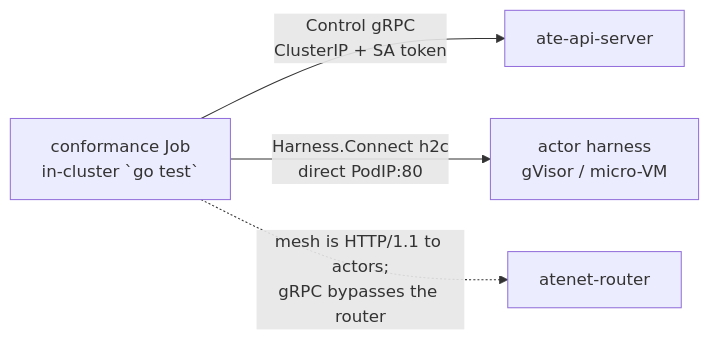
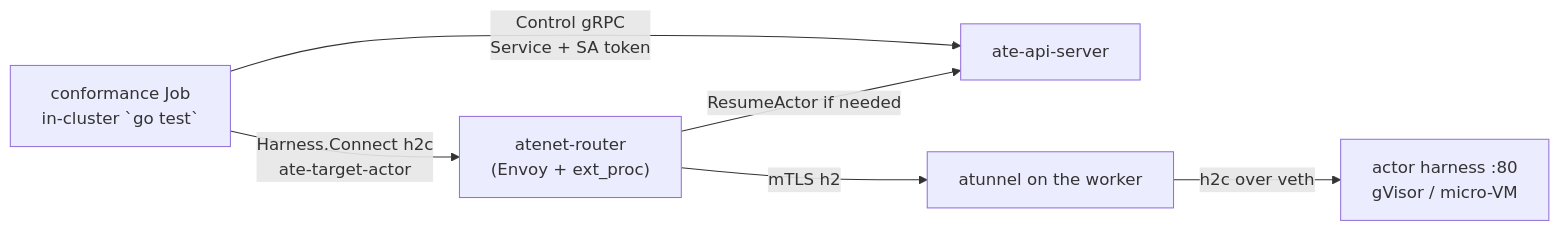
The diagram in docs/substrate-conformance.md (aramase/agentsessions), drawn with Mermaid before and after one commit. The commit also changed other lines of this file and 3 other files, not shown here.

````diff
--- a/docs/substrate-conformance.md
+++ b/docs/substrate-conformance.md
@@ -167,11 +185,14 @@
 ```mermaid
 flowchart LR
   job["conformance Job<br/>in-cluster `go test`"]
   api["ate-api-server"]
-  actor["actor harness<br/>gVisor / micro-VM"]
-  router["atenet-router"]
+  router["atenet-router<br/>(Envoy + ext_proc)"]
+  tunnel["atunnel on the worker"]
+  actor["actor harness :80<br/>gVisor / micro-VM"]
 
-  job -->|"Control gRPC<br/>ClusterIP + SA token"| api
-  job -->|"Harness.Connect h2c<br/>direct PodIP:80"| actor
-  job -.->|"mesh is HTTP/1.1 to actors;<br/>gRPC bypasses the router"| router
+  job -->|"Control gRPC<br/>Service + SA token"| api
+  job -->|"Harness.Connect h2c<br/>ate-target-actor"| router
+  router -->|"ResumeActor if needed"| api
+  router -->|"mTLS h2"| tunnel
+  tunnel -->|"h2c over veth"| actor
 ```
````
